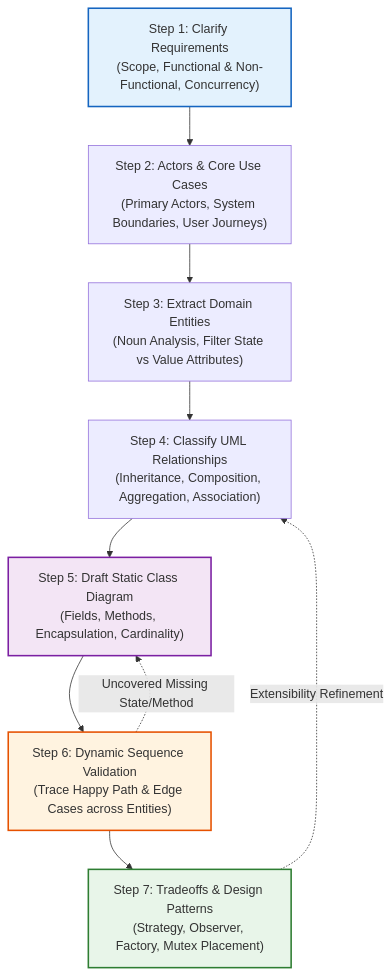
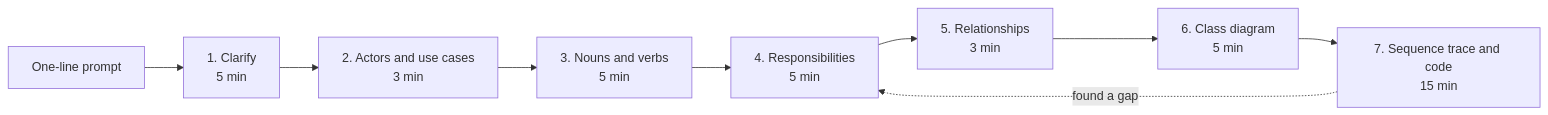
One commit to TapanKumarBarik/Backend-roadmap changed the first of 3 diagrams in content/lld/11-requirements-to-class-diagrams/README.md. Above: the diagram before and after it, drawn with Mermaid. The commit also changed other lines of this file and 68 other files, not shown here.

````diff
--- a/content/lld/11-requirements-to-class-diagrams/README.md
+++ b/content/lld/11-requirements-to-class-diagrams/README.md
@@ -18,17 +32,11 @@
 ```mermaid
-flowchart TD
-    S1["Step 1: Clarify Requirements<br/>(Scope, Functional & Non-Functional, Concurrency)"] --> S2["Step 2: Actors & Core Use Cases<br/>(Primary Actors, System Boundaries, User Journeys)"]
-    S2 --> S3["Step 3: Extract Domain Entities<br/>(Noun Analysis, Filter State vs Value Attributes)"]
-    S3 --> S4["Step 4: Classify UML Relationships<br/>(Inheritance, Composition, Aggregation, Association)"]
-    S4 --> S5["Step 5: Draft Static Class Diagram<br/>(Fields, Methods, Encapsulation, Cardinality)"]
-    S5 --> S6["Step 6: Dynamic Sequence Validation<br/>(Trace Happy Path & Edge Cases across Entities)"]
-    S6 --> S7["Step 7: Tradeoffs & Design Patterns<br/>(Strategy, Observer, Factory, Mutex Placement)"]
-    
-    S6 -.->|Uncovered Missing State/Method| S5
-    S7 -.->|Extensibility Refinement| S4
-
-    style S1 fill:#e3f2fd,stroke:#1565c0,stroke-width:2px
-    style S5 fill:#f3e5f5,stroke:#7b1fa2,stroke-width:2px
-    style S6 fill:#fff3e0,stroke:#e65100,stroke-width:2px
-    style S7 fill:#e8f5e9,stroke:#2e7d32,stroke-width:2px
+flowchart LR
+  P["One-line prompt"] --> S1["1. Clarify<br/>5 min"]
+  S1 --> S2["2. Actors and use cases<br/>3 min"]
+  S2 --> S3["3. Nouns and verbs<br/>5 min"]
+  S3 --> S4["4. Responsibilities<br/>5 min"]
+  S4 --> S5["5. Relationships<br/>3 min"]
+  S5 --> S6["6. Class diagram<br/>5 min"]
+  S6 --> S7["7. Sequence trace and code<br/>15 min"]
+  S7 -.->|found a gap| S4
 ```
````
